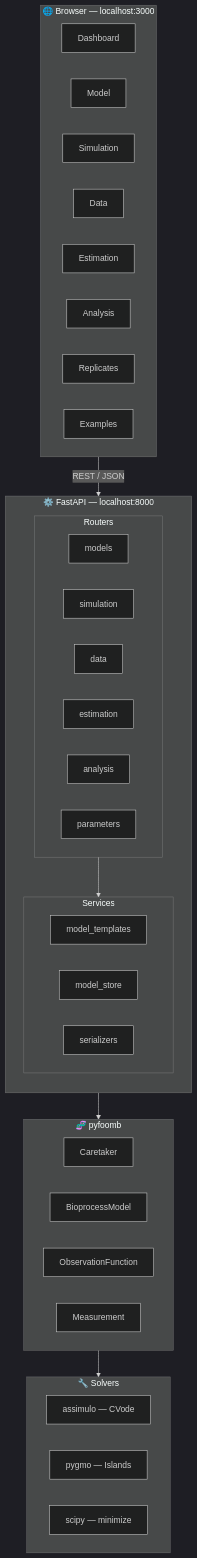
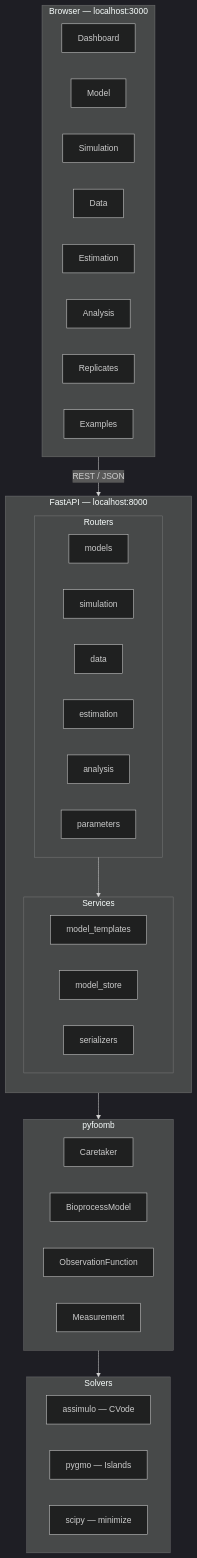
The first of 2 diagrams in web/README.md (yashashwi-s/pyFOOMB), drawn with Mermaid (dark theme) before and after one commit. The commit also changed other lines of this file and 3 other files, not shown here.

````diff
--- a/web/README.md
+++ b/web/README.md
@@ -7,49 +7,49 @@
 ```mermaid
 graph TB
-    subgraph Browser["🌐 Browser — localhost:3000"]
+    subgraph Browser["Browser — localhost:3000"]
         direction LR
         D[Dashboard]
         M[Model]
         S[Simulation]
         Da[Data]
         E[Estimation]
         A[Analysis]
         R[Replicates]
         Ex[Examples]
     end
 
-    subgraph Backend["⚙️ FastAPI — localhost:8000"]
+    subgraph Backend[" FastAPI — localhost:8000"]
         direction TB
         subgraph Routers
             R1[models]
             R2[simulation]
             R3[data]
             R4[estimation]
             R5[analysis]
             R6[parameters]
         end
         subgraph Services
             S1[model_templates]
             S2[model_store]
             S3[serializers]
         end
     end
 
-    subgraph Core["🧬 pyfoomb"]
+    subgraph Core["pyfoomb"]
         C[Caretaker]
         BM[BioprocessModel]
         OF[ObservationFunction]
         MS[Measurement]
     end
 
-    subgraph Solvers["🔧 Solvers"]
+    subgraph Solvers["Solvers"]
         CV[assimulo — CVode]
         PG[pygmo — Islands]
         SC[scipy — minimize]
     end
 
     Browser -- "REST / JSON" --> Backend
     Routers --> Services
     Services --> Core
     Core --> Solvers
 ```
````
